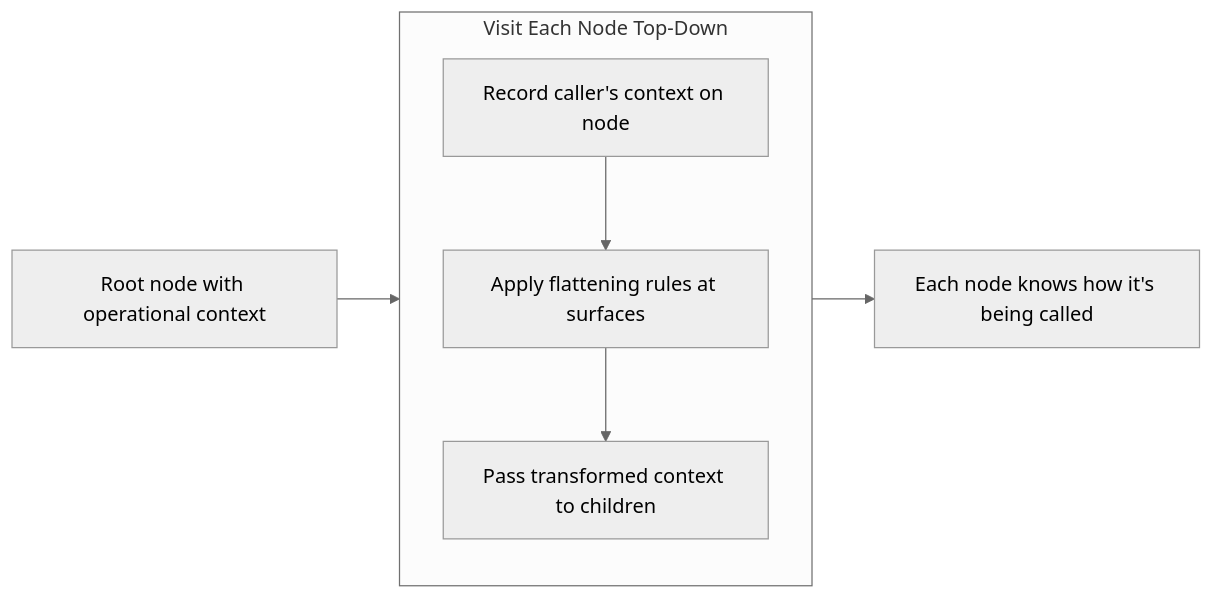
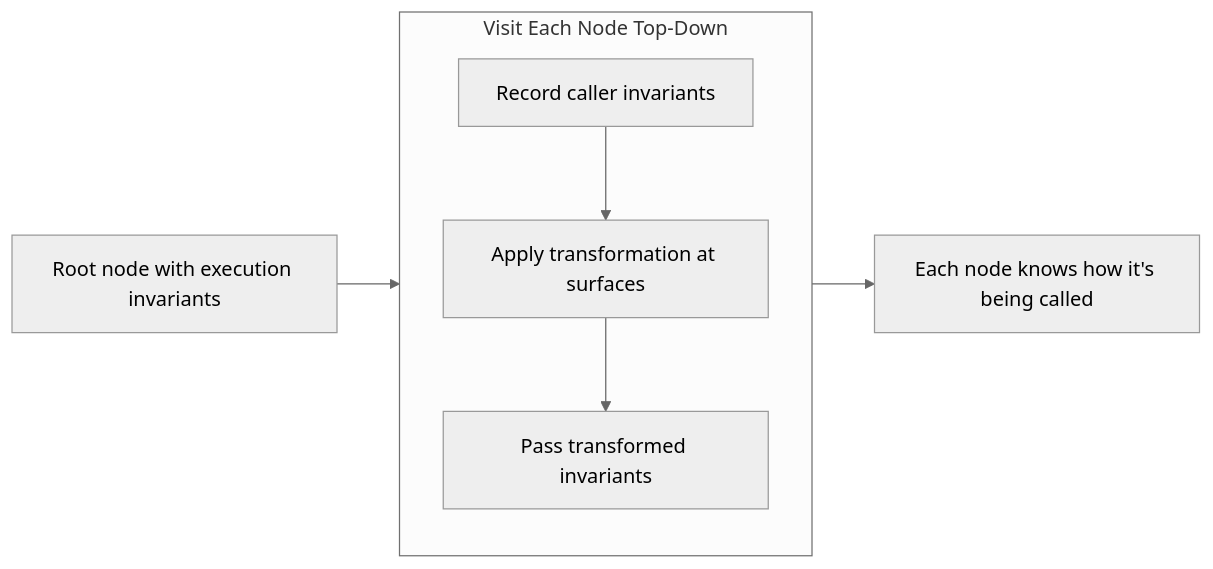
One commit to nestharus/ai-workflow changed diagram 15 of 34 in .tasks/plans/algorithm graph creator/feedback.md. Above: the diagram before and after it, drawn with Mermaid (neutral theme). The commit also changed other lines of this file and 14 other files, not shown here.

````diff
--- a/.tasks/plans/algorithm graph creator/feedback.md
+++ b/.tasks/plans/algorithm graph creator/feedback.md
@@ -445,12 +581,12 @@
 ```mermaid
 flowchart LR
-    IN[Root node with operational context] --> VISIT
+    IN[Root node with execution invariants] --> VISIT
 
     subgraph VISIT[Visit Each Node Top-Down]
         direction TB
-        A[Record caller's context on node] --> B[Apply flattening rules at surfaces]
-        B --> C[Pass transformed context to children]
+        A[Record caller invariants] --> B[Apply transformation at surfaces]
+        B --> C[Pass transformed invariants]
     end
 
     VISIT --> OUT[Each node knows how it's being called]
 ```
````
